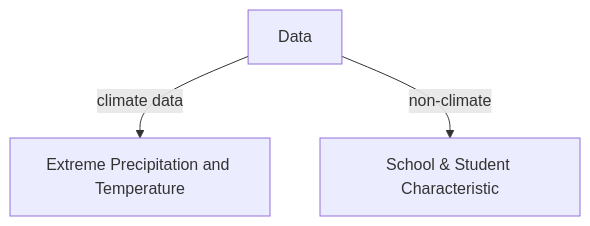
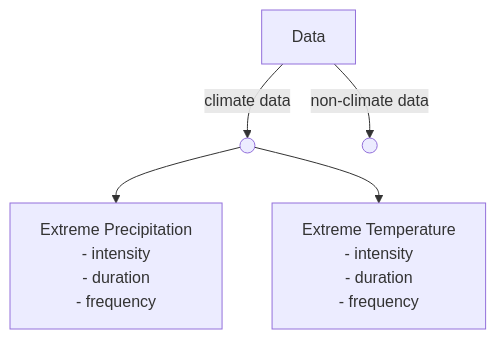
The third of 8 diagrams in UNICEF/Presentation/presentation_unicef.qmd (datakruroo/datakruroo.github.io), drawn with Mermaid before and after one commit. The commit also changed other lines of this file and 160 other files, not shown here.

````diff
--- a/UNICEF/Presentation/presentation_unicef.qmd
+++ b/UNICEF/Presentation/presentation_unicef.qmd
@@ -329,5 +120,13 @@
 ```{mermaid}
 flowchart TD
-A[Data]--climate data-->B[Extreme Precipitation and Temperature]
-A[Data]--non-climate-->C[School & Student Characteristic]
+A[Data]--climate data-->B((" "))
+B((" "))-->C["Extreme Precipitation
+             - intensity
+             - duration
+             - frequency"]
+B((" "))-->D["Extreme Temperature
+             - intensity
+             - duration
+             - frequency"]
+A[Data]--non-climate data-->E((" "))
 ```
````
